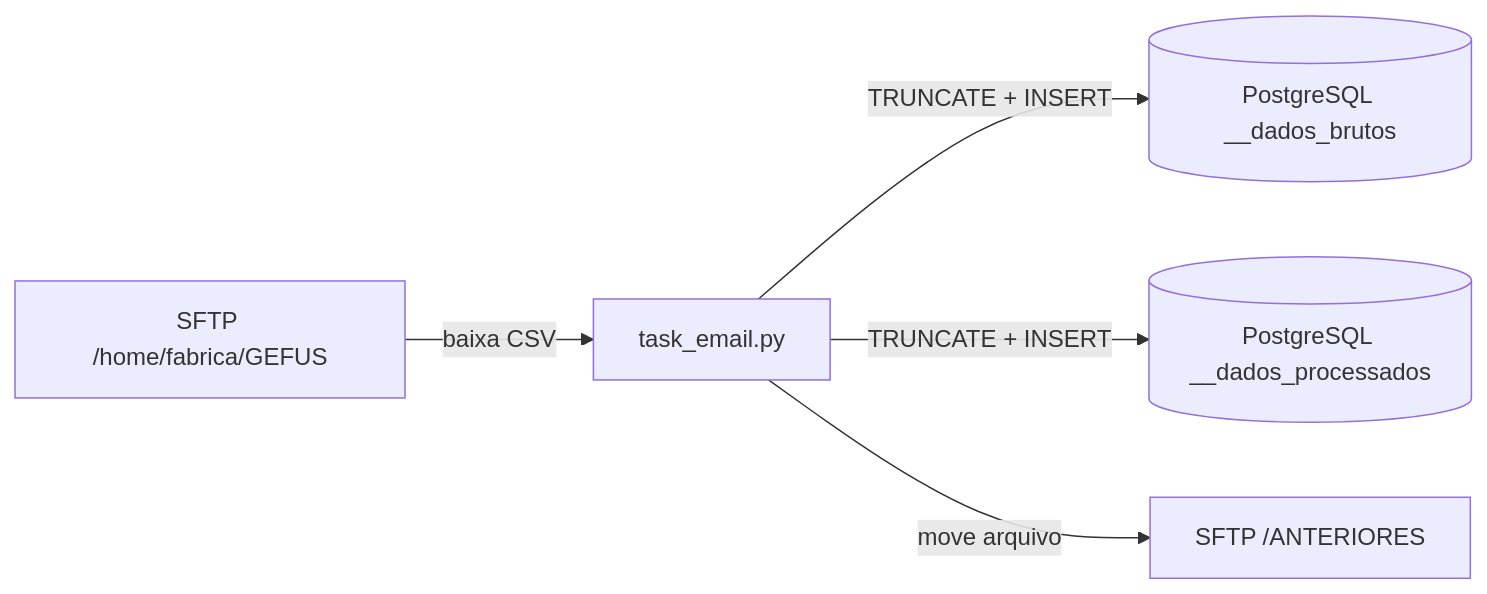
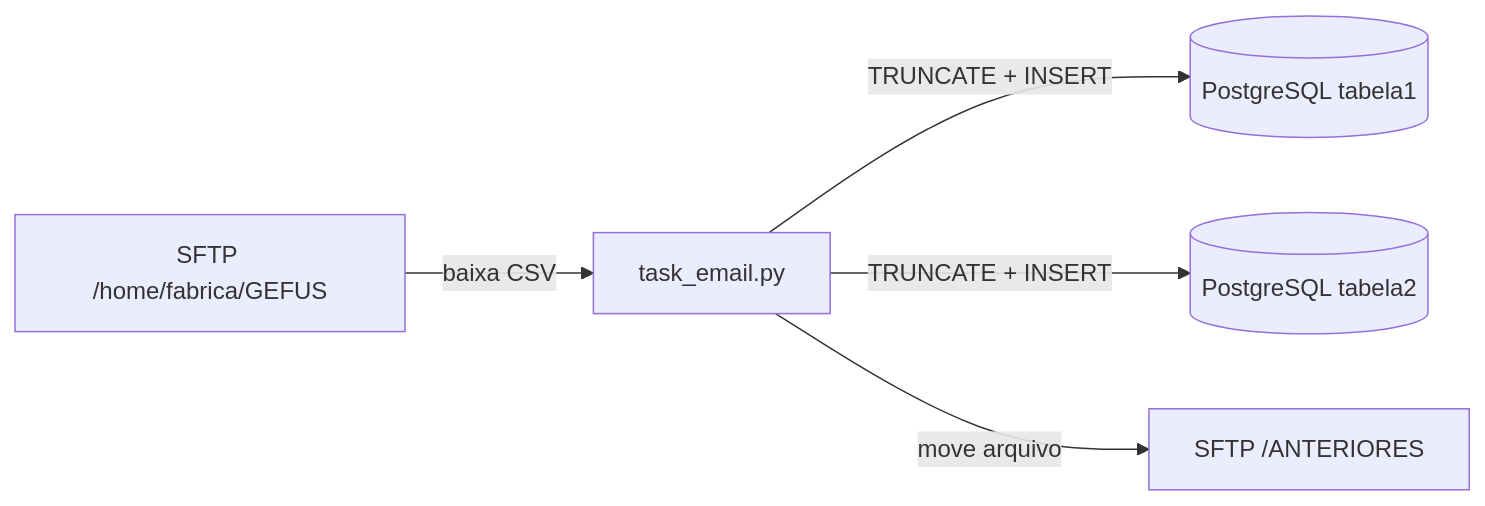
One commit to RicardoMarinho-code/automacoes-MCID-airflow changed the diagram in README.md. Above: the diagram before and after it, drawn with Mermaid. The commit also changed other lines of this file, not shown here.

````diff
--- a/README.md
+++ b/README.md
@@ -10,7 +10,7 @@
 ```mermaid
 graph LR
     A[SFTP /home/fabrica/GEFUS] -->|baixa CSV| B[task_email.py]
-    B -->|TRUNCATE + INSERT| C[(PostgreSQL __dados_brutos)]
-    B -->|TRUNCATE + INSERT| D[(PostgreSQL __dados_processados)]
+    B -->|TRUNCATE + INSERT| C[(PostgreSQL tabela1)]
+    B -->|TRUNCATE + INSERT| D[(PostgreSQL tabela2)]
     B -->|move arquivo| E[SFTP /ANTERIORES]
 ```
````
